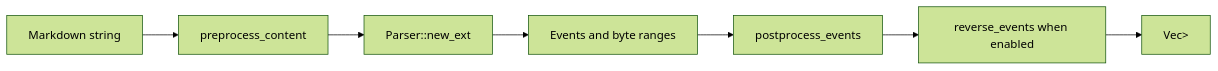
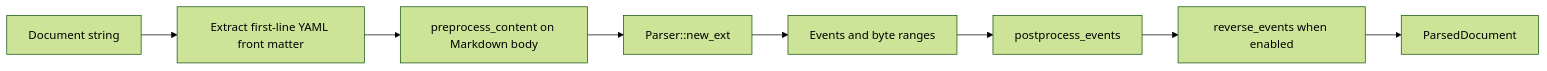
One commit to WhoSowSee/mdv changed the diagram in docs/modules/markdown.md. Above: the diagram before and after it, drawn with Mermaid (forest theme). The commit also changed other lines of this file and 41 other files, not shown here.

Commit message:
Added YAML front matter support with display modes

````diff
--- a/docs/modules/markdown.md
+++ b/docs/modules/markdown.md
@@ -18,9 +19,10 @@
 ```mermaid
 flowchart LR
-    A["Markdown string"] --> B["preprocess_content"]
-    B --> C["Parser::new_ext"]
-    C --> D["Events and byte ranges"]
-    D --> E["postprocess_events"]
-    E --> F["reverse_events when enabled"]
-    F --> G["Vec<Event<'static>>"]
+    A["Document string"] --> B["Extract first-line YAML front matter"]
+    B --> C["preprocess_content on Markdown body"]
+    C --> D["Parser::new_ext"]
+    D --> E["Events and byte ranges"]
+    E --> F["postprocess_events"]
+    F --> G["reverse_events when enabled"]
+    G --> H["ParsedDocument"]
 ```
````
